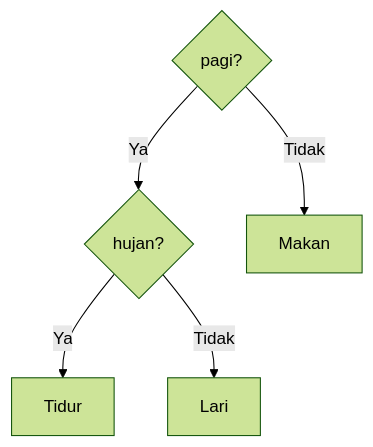
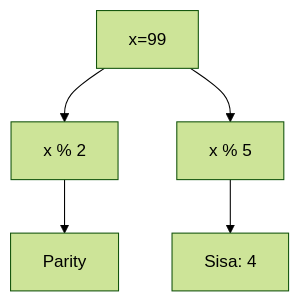
Diagram 17 of 25 in part-c-pemahaman-cpp/02-percabangan/latihan/set-03.md (amnahwaida/OSNK_INF_PREP), drawn with Mermaid (forest theme) before and after one commit. The commit also changed other lines of this file and 71 other files, not shown here.

````diff
--- a/part-c-pemahaman-cpp/02-percabangan/latihan/set-03.md
+++ b/part-c-pemahaman-cpp/02-percabangan/latihan/set-03.md
@@ -454,7 +507,7 @@
 ```mermaid
 graph TD
-    A{pagi?} -- Ya --> B{hujan?}
-    A -- Tidak --> C[Makan]
-    B -- Ya --> D[Tidur]
-    B -- Tidak --> E[Lari]
+A[x=99] --> B[x % 2]
+B --> C[Parity]
+A --> D[x % 5]
+D --> E[Sisa: 4]
 ```
````
